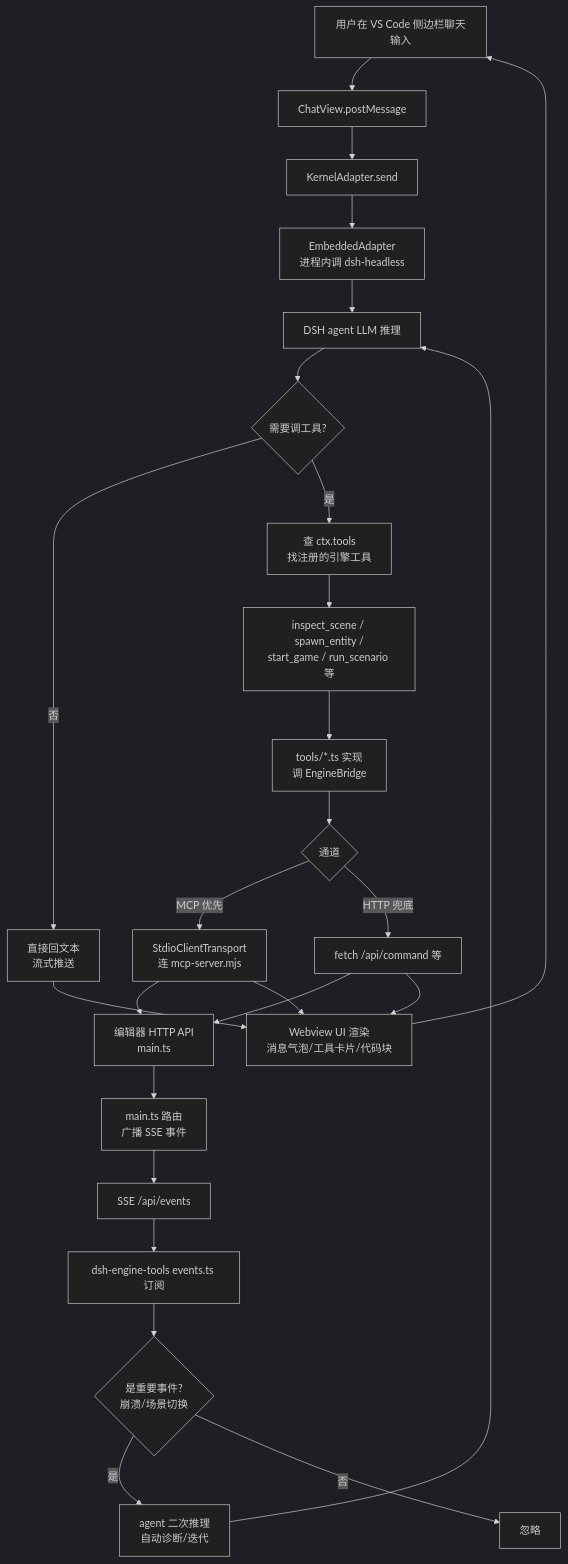
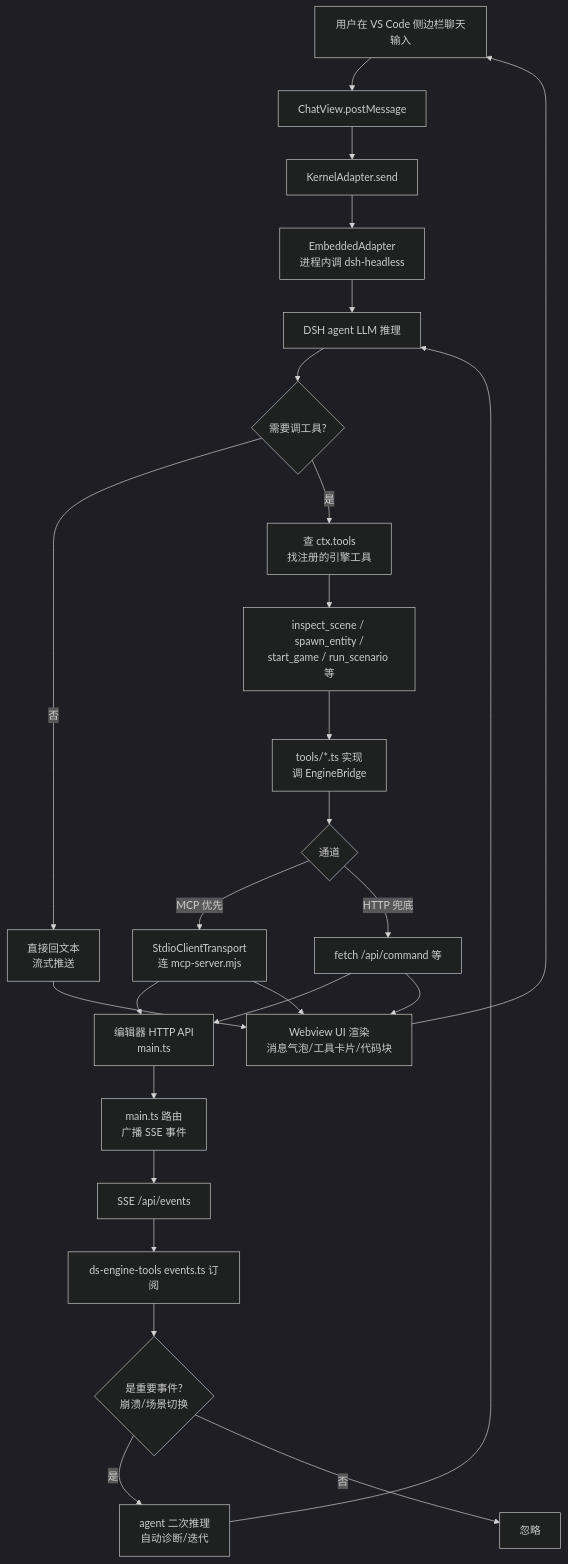
Before and after one commit to Kaplc/DemoStudio: the diagram in doc/harness/harness_system.md, drawn with Mermaid (dark theme). The commit also changed other lines of this file and 149 other files, not shown here.

````diff
--- a/doc/harness/harness_system.md
+++ b/doc/harness/harness_system.md
@@ -212,28 +212,28 @@
 ```mermaid
 flowchart TD
     A[用户在 VS Code 侧边栏聊天输入] --> B[ChatView.postMessage]
     B --> C[KernelAdapter.send]
     C --> D[EmbeddedAdapter<br/>进程内调 dsh-headless]
     D --> E[DSH agent LLM 推理]
     E --> F{需要调工具?}
     F -- 否 --> G[直接回文本<br/>流式推送]
     F -- 是 --> H[查 ctx.tools<br/>找注册的引擎工具]
     H --> I[inspect_scene / spawn_entity /<br/>start_game / run_scenario 等]
     I --> J[tools/*.ts 实现<br/>调 EngineBridge]
     J --> K{通道}
     K -- MCP 优先 --> L[StdioClientTransport<br/>连 mcp-server.mjs]
     K -- HTTP 兜底 --> M[fetch /api/command 等]
     L --> N[编辑器 HTTP API<br/>main.ts]
     M --> N
     N --> O[main.ts 路由<br/>广播 SSE 事件]
     O --> P[SSE /api/events]
-    P --> Q[dsh-engine-tools events.ts 订阅]
+    P --> Q[ds-engine-tools events.ts 订阅]
     Q --> R{是重要事件?<br/>崩溃/场景切换}
     R -- 是 --> S[agent 二次推理<br/>自动诊断/迭代]
     R -- 否 --> T[忽略]
     S --> E
     G --> U[Webview UI 渲染<br/>消息气泡/工具卡片/代码块]
     L --> U
     M --> U
     U --> A
 ```
````
